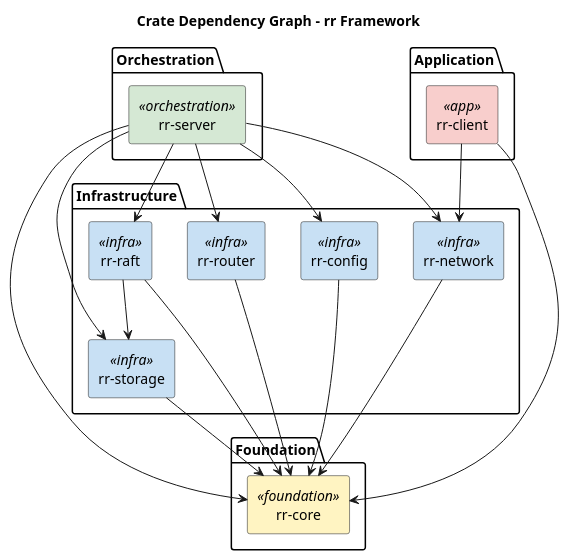
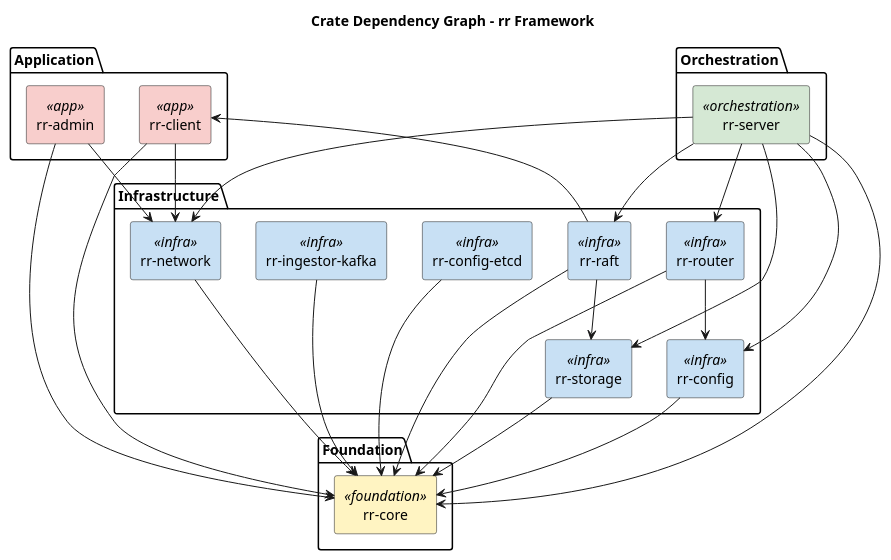
One commit to gardenias/rr changed the diagram in docs/docs/architecture/crate-map.md. Above: the diagram before and after it, drawn with PlantUML. The commit also changed other lines of this file and 18 other files, not shown here.

First line of the commit message:
docs(architecture): correct factual drift against current code

````diff
--- a/docs/docs/architecture/crate-map.md
+++ b/docs/docs/architecture/crate-map.md
@@ -26,50 +26,59 @@
 ```plantuml
 @startuml
 title Crate Dependency Graph - rr Framework
 
 skinparam componentStyle rectangle
 skinparam component {
   BackgroundColor<<foundation>> #FFF4C2
   BackgroundColor<<infra>> #C8E0F4
   BackgroundColor<<orchestration>> #D5E8D4
   BackgroundColor<<app>> #F8CECC
 }
 
 package "Foundation" {
   [rr-core] <<foundation>>
 }
 
 package "Infrastructure" {
   [rr-config] <<infra>>
+  [rr-config-etcd] <<infra>>
   [rr-storage] <<infra>>
   [rr-raft] <<infra>>
   [rr-network] <<infra>>
   [rr-router] <<infra>>
+  [rr-ingestor-kafka] <<infra>>
 }
 
 package "Orchestration" {
   [rr-server] <<orchestration>>
 }
 
 package "Application" {
   [rr-client] <<app>>
+  [rr-admin] <<app>>
 }
 
 [rr-config] --> [rr-core]
+[rr-config-etcd] --> [rr-core]
 [rr-storage] --> [rr-core]
 [rr-raft] --> [rr-core]
 [rr-raft] --> [rr-storage]
+[rr-raft] --> [rr-client]
 [rr-network] --> [rr-core]
 [rr-router] --> [rr-core]
+[rr-router] --> [rr-config]
+[rr-ingestor-kafka] --> [rr-core]
 
 [rr-server] --> [rr-core]
 [rr-server] --> [rr-raft]
 [rr-server] --> [rr-network]
 [rr-server] --> [rr-router]
 [rr-server] --> [rr-config]
 [rr-server] --> [rr-storage]
 
 [rr-client] --> [rr-core]
 [rr-client] --> [rr-network]
+[rr-admin] --> [rr-core]
+[rr-admin] --> [rr-network]
 @enduml
 ```
````
